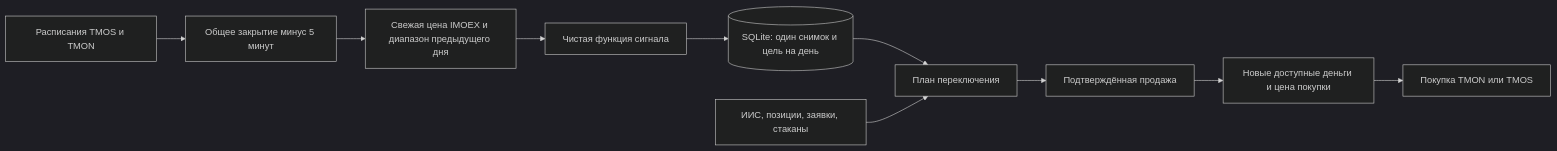
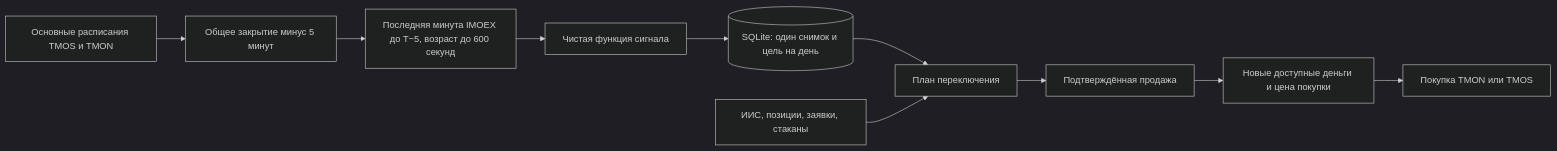
The diagram in DEVELOPMENT_PLAN.md (a1zakharov/tmos_tmon_bot), drawn with Mermaid (dark theme) before and after one commit. The commit also changed other lines of this file and 79 other files, not shown here.

````diff
--- a/DEVELOPMENT_PLAN.md
+++ b/DEVELOPMENT_PLAN.md
@@ -47,12 +53,12 @@
 ```mermaid
 flowchart LR
-    A[Расписания TMOS и TMON] --> B[Общее закрытие минус 5 минут]
-    B --> C[Свежая цена IMOEX и диапазон предыдущего дня]
+    A[Основные расписания TMOS и TMON] --> B[Общее закрытие минус 5 минут]
+    B --> C[Последняя минута IMOEX до T−5, возраст до 600 секунд]
     C --> D[Чистая функция сигнала]
     D --> E[(SQLite: один снимок и цель на день)]
     E --> F[План переключения]
     G[ИИС, позиции, заявки, стаканы] --> F
     F --> H[Подтверждённая продажа]
     H --> I[Новые доступные деньги и цена покупки]
     I --> J[Покупка TMON или TMOS]
 ```
````
